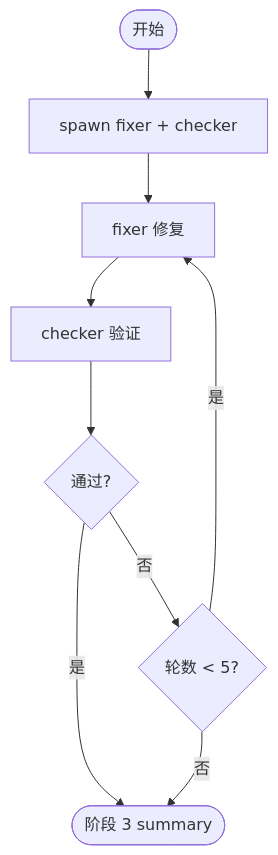
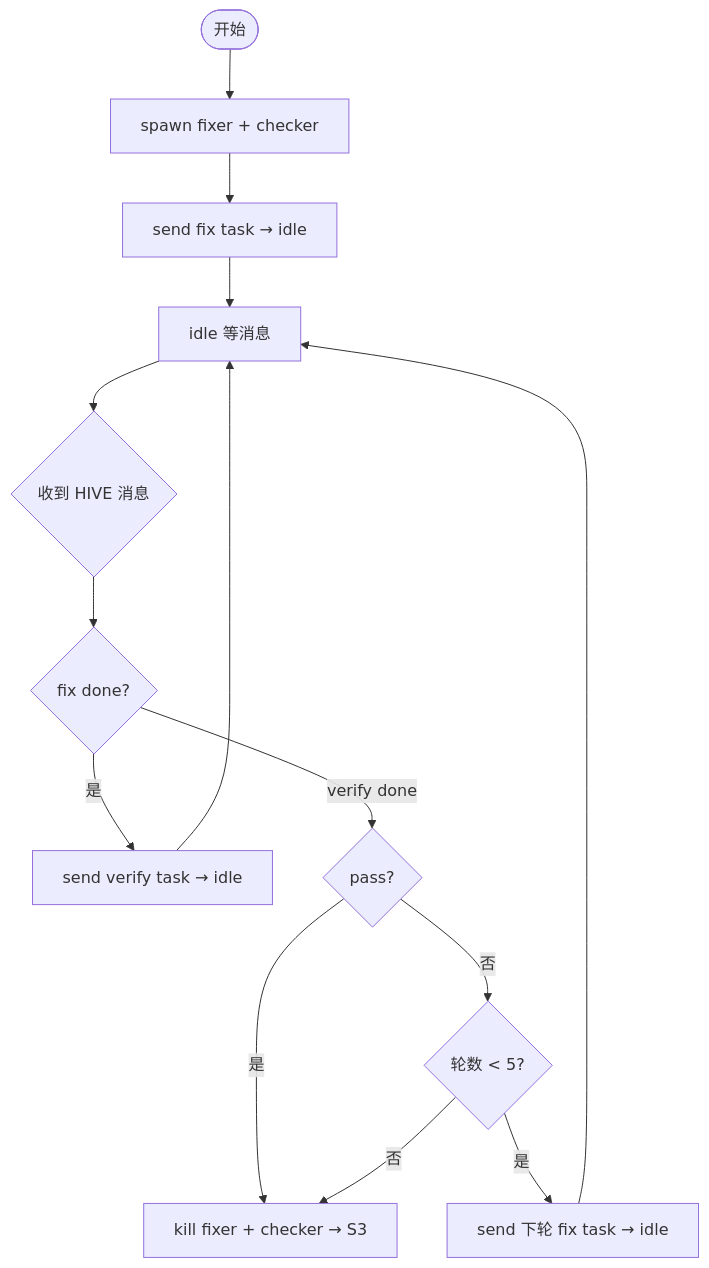
One commit to ryanflavor/hive changed the diagram in src/hive/plugins/code-review/skills/code-review/stages/2-fix-orch.md. Above: the diagram before and after it, drawn with Mermaid. The commit also changed other lines of this file and 7 other files, not shown here.

First line of the commit message:
refactor: message-driven code-review, replace status polling with hive send

````diff
--- a/src/hive/plugins/code-review/skills/code-review/stages/2-fix-orch.md
+++ b/src/hive/plugins/code-review/skills/code-review/stages/2-fix-orch.md
@@ -7,11 +7,16 @@
 ```mermaid
 flowchart TD
     Start([开始]) --> Spawn[spawn fixer + checker]
-    Spawn --> Fix[fixer 修复]
-    Fix --> Verify[checker 验证]
-    Verify --> Result{通过?}
-    Result -->|是| S3([阶段 3 summary])
-    Result -->|否| Check{轮数 < 5?}
-    Check -->|是| Fix
-    Check -->|否| S3
+    Spawn --> SendFix[send fix task → idle]
+    SendFix --> Idle[idle 等消息]
+    Idle --> Msg{收到 HIVE 消息}
+    Msg --> IsFix{fix done?}
+    IsFix -->|是| SendVerify[send verify task → idle]
+    SendVerify --> Idle
+    IsFix -->|verify done| CheckResult{pass?}
+    CheckResult -->|是| Kill[kill fixer + checker → S3]
+    CheckResult -->|否| CheckRound{轮数 < 5?}
+    CheckRound -->|是| SendFix2[send 下轮 fix task → idle]
+    SendFix2 --> Idle
+    CheckRound -->|否| Kill
 ```
````
